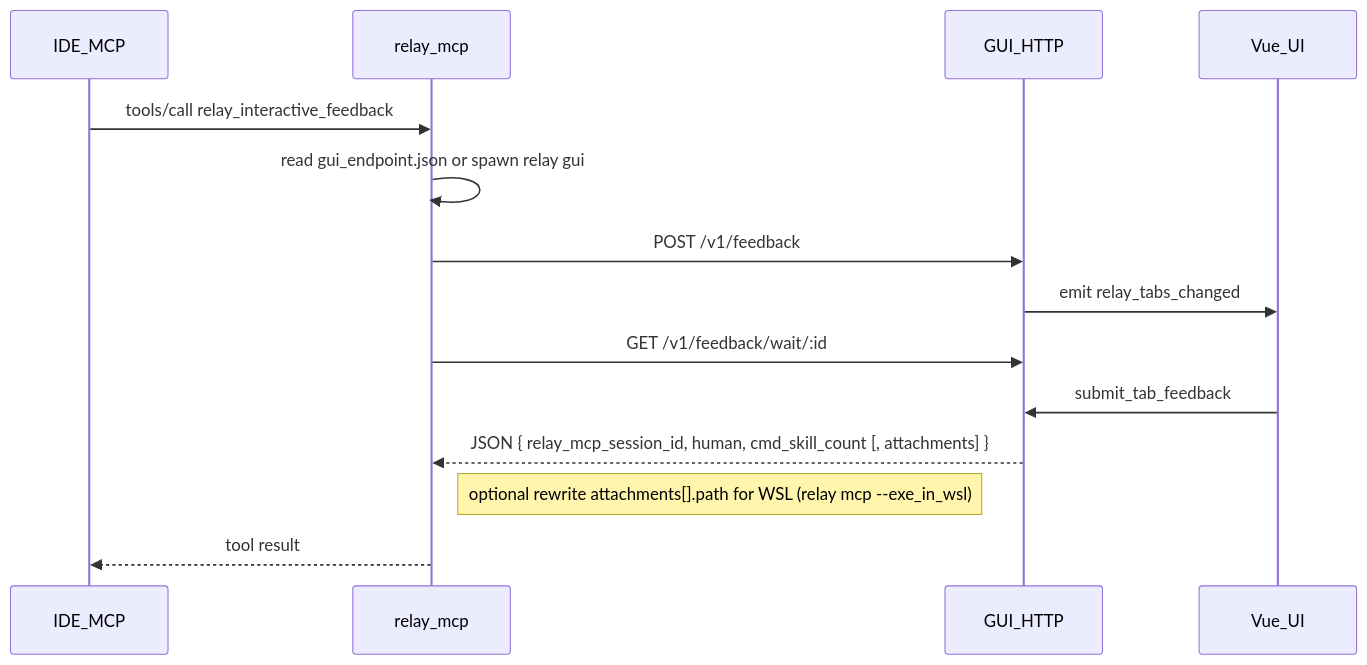
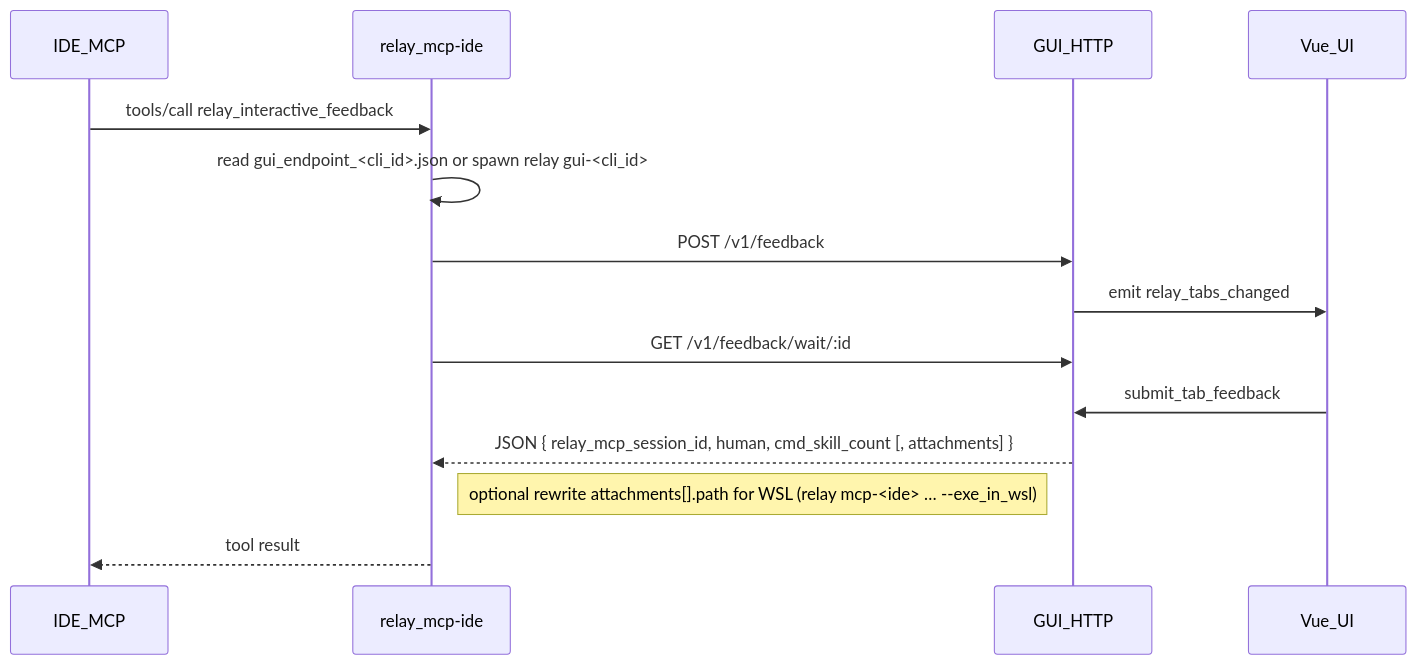
Before and after one commit to andeya/ide-relay-mcp: the diagram in docs/HTTP_IPC.md, drawn with Mermaid. The commit also changed other lines of this file and 5 other files, not shown here.

First line of the commit message:
docs: expand HITL README flow, Cursor rules guidance, IPC and terminology

````diff
--- a/docs/HTTP_IPC.md
+++ b/docs/HTTP_IPC.md
@@ -5,17 +5,17 @@
 ```mermaid
 sequenceDiagram
     participant IDE as IDE_MCP
-    participant Mcp as relay_mcp
+    participant Mcp as relay_mcp-ide
     participant Http as GUI_HTTP
     participant UI as Vue_UI
 
     IDE->>Mcp: tools/call relay_interactive_feedback
-    Mcp->>Mcp: read gui_endpoint.json or spawn relay gui
+    Mcp->>Mcp: read gui_endpoint_<cli_id>.json or spawn relay gui-<cli_id>
     Mcp->>Http: POST /v1/feedback
     Http->>UI: emit relay_tabs_changed
     Mcp->>Http: GET /v1/feedback/wait/:id
     UI->>Http: submit_tab_feedback
     Http-->>Mcp: JSON { relay_mcp_session_id, human, cmd_skill_count [, attachments] }
-    Note right of Mcp: optional rewrite attachments[].path for WSL (relay mcp --exe_in_wsl)
+    Note right of Mcp: optional rewrite attachments[].path for WSL (relay mcp-<ide> … --exe_in_wsl)
     Mcp-->>IDE: tool result
 ```
````
